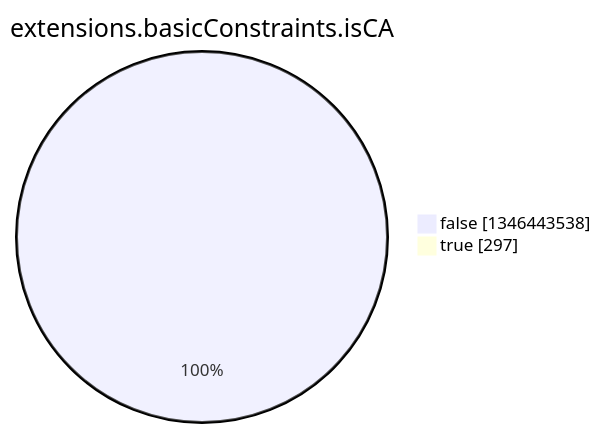
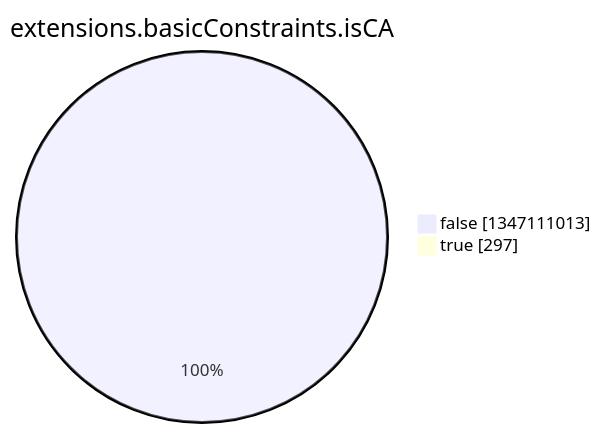
One commit to christiankrug/ctmonitor_visualization changed the eighth of 15 diagrams in argon2022/README.md. Above: the diagram before and after it, drawn with Mermaid. The commit also changed other lines of this file, not shown here.

````diff
--- a/argon2022/README.md
+++ b/argon2022/README.md
@@ -2758,6 +2758,6 @@
 ```mermaid
 pie showData
 title extensions.basicConstraints.isCA
-"false" :1346443538
+"false" :1347111013
 "true" :297
 ```
````
